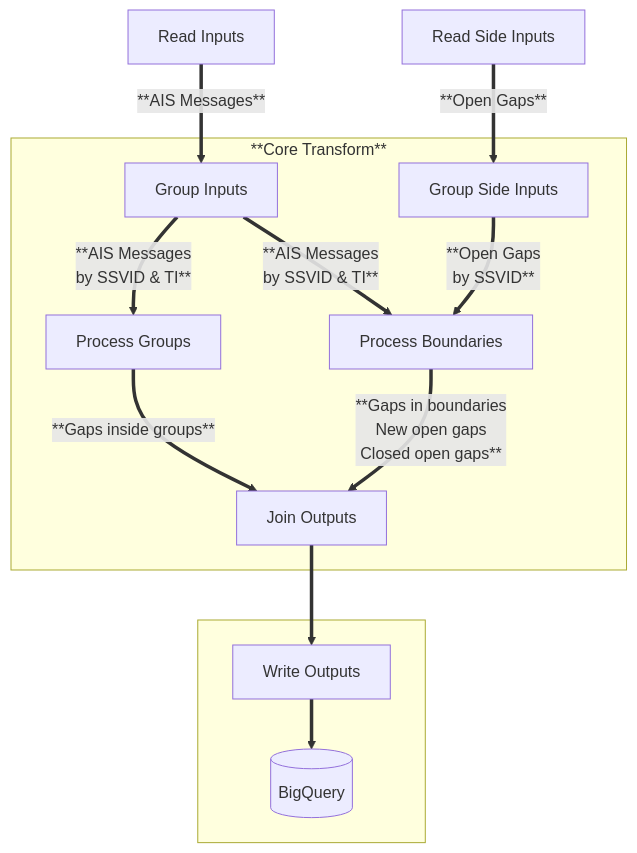
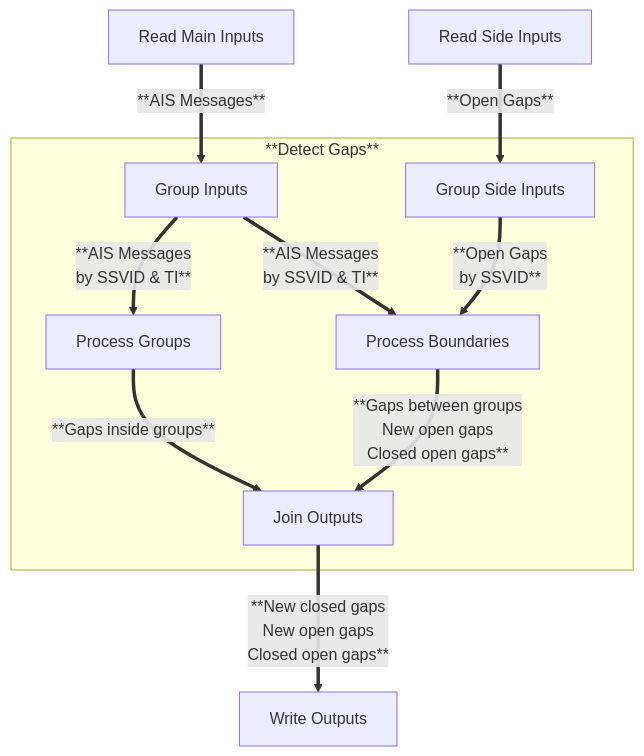
One commit to GlobalFishingWatch/pipe-gaps changed the second of 2 diagrams in README.md. Above: the diagram before and after it, drawn with Mermaid.

Commit message:
README: Update detailed diagram

````diff
--- a/README.md
+++ b/README.md
@@ -463,18 +463,15 @@
 ```mermaid
 flowchart TD;
-    A[Read Inputs] ==> |**AIS Messages**| B[Group Inputs]
+    A[Read Main Inputs] ==> |**AIS Messages**| B[Group Inputs]
     C[Read Side Inputs] ==> |**Open Gaps**| D[Group Side Inputs]
 
-    subgraph **Core Transform**
+    subgraph **Detect Gaps**
     B ==> |**AIS Messages <br/> by SSVID & TI**| E[Process Groups]
     B ==> |**AIS Messages <br/> by SSVID & TI**| F[Process Boundaries]
     D ==> |**Open Gaps  <br/> by SSVID**| F
     E ==> |**Gaps inside groups**| H[Join Outputs]
-    F ==> |**Gaps in boundaries <br/> New open gaps <br/> Closed open gaps**| H
+    F ==> |**Gaps between groups <br/> New open gaps <br/> Closed open gaps**| H
     end
 
-    subgraph .
-    H ==> K[Write Outputs]
-    K ==> L[(BigQuery)]
-    end
+    H ==> |**New closed gaps <br/> New open gaps <br/> Closed open gaps**| K[Write Outputs]
 ```
````
